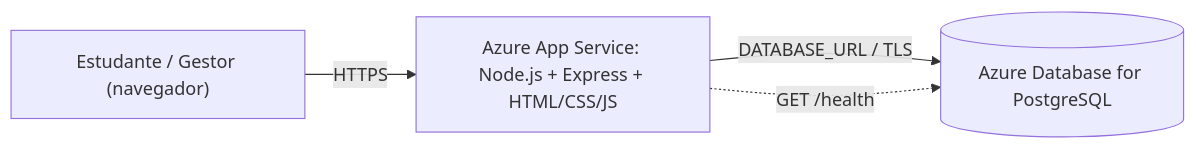
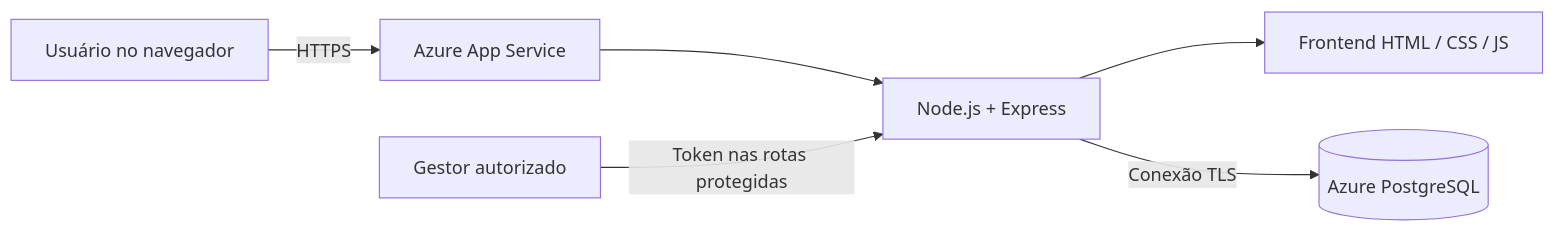
Before and after one commit to BrunoAugusto290907/Cloud-Challenge-Desafio13: the diagram in README.md, drawn with Mermaid. The commit also changed other lines of this file, not shown here.

````diff
--- a/README.md
+++ b/README.md
@@ -71,6 +72,8 @@
 ```mermaid
 flowchart LR
-    U["Estudante / Gestor (navegador)"] -->|HTTPS| A["Azure App Service: Node.js + Express + HTML/CSS/JS"]
-    A -->|"DATABASE_URL / TLS"| D[("Azure Database for PostgreSQL")]
-    A -.->|"GET /health"| D
+    U[Usuário no navegador] -->|HTTPS| A[Azure App Service]
+    A --> N[Node.js + Express]
+    N --> F[Frontend HTML / CSS / JS]
+    N -->|Conexão TLS| P[(Azure PostgreSQL)]
+    G[Gestor autorizado] -->|Token nas rotas protegidas| N
 ```
````
